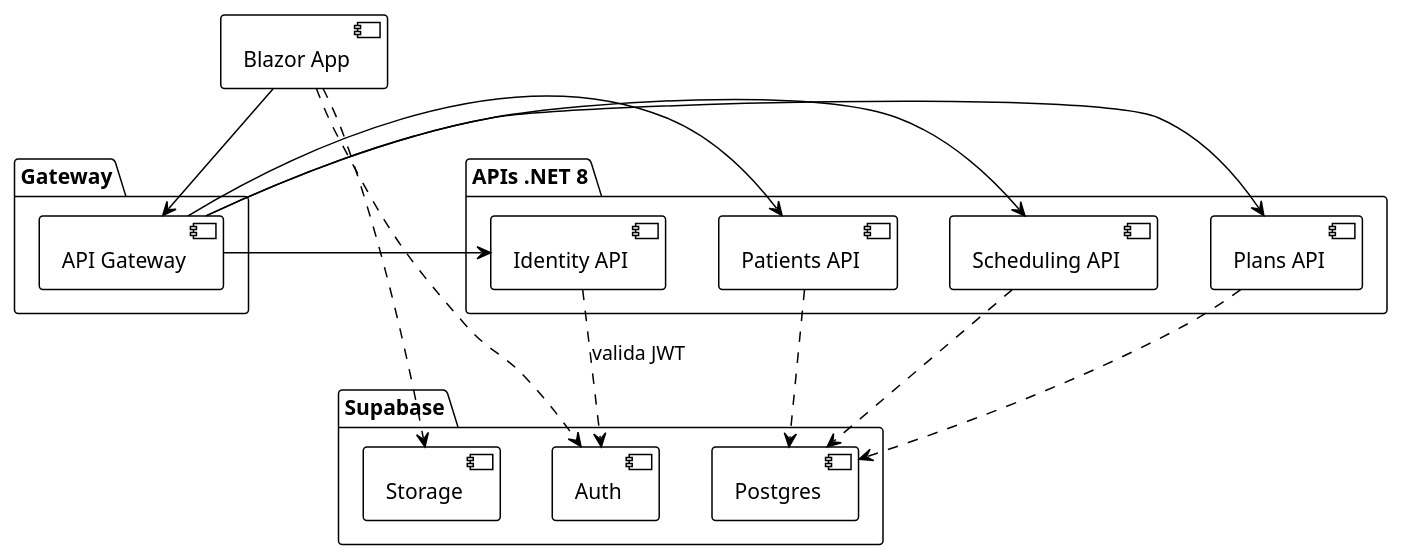
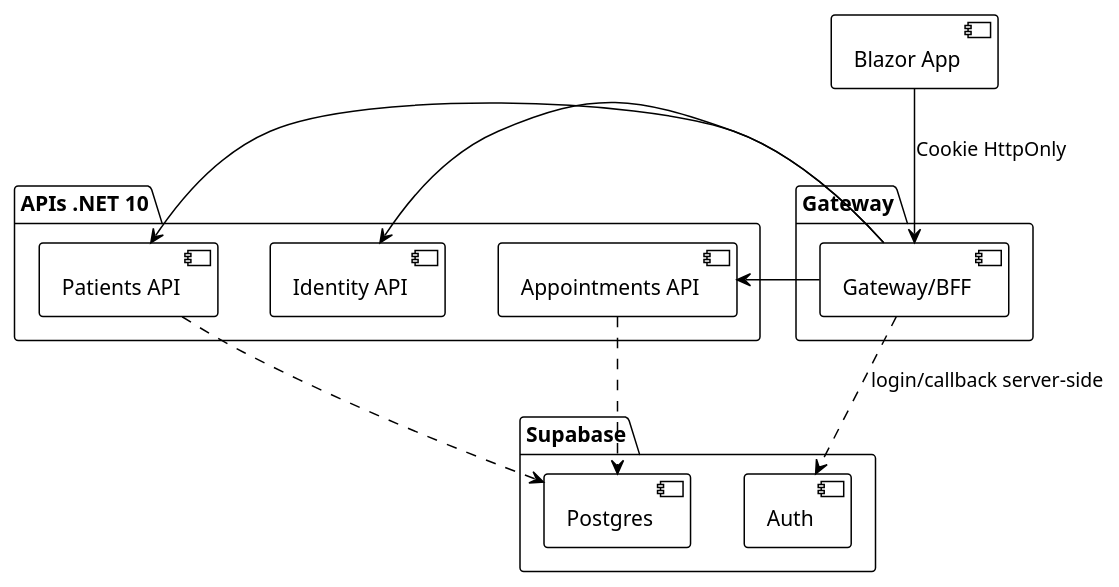
One commit to coutinhogui/HealthTech changed the third of 5 diagrams in README.md. Above: the diagram before and after it, drawn with PlantUML. The commit also changed other lines of this file and 80 other files, not shown here.

Commit message:
feat: connect app shell modules to bff workflows

````diff
--- a/README.md
+++ b/README.md
@@ -164,35 +166,28 @@
 ```plantuml
 @startuml
 !theme plain
 package "Gateway" {
-  [API Gateway]
+  [Gateway/BFF]
 }
 
-package "APIs .NET 8" {
+package "APIs .NET 10" {
   [Identity API]
   [Patients API]
-  [Scheduling API]
-  [Plans API]
+  [Appointments API]
 }
 
 package "Supabase" {
   [Auth]
   [Postgres]
-  [Storage]
 }
 
-[Blazor App] -down-> [API Gateway]
-[API Gateway] -right-> [Identity API]
-[API Gateway] -right-> [Patients API]
-[API Gateway] -right-> [Scheduling API]
-[API Gateway] -right-> [Plans API]
+[Blazor App] -down-> [Gateway/BFF] : Cookie HttpOnly
+[Gateway/BFF] -right-> [Identity API]
+[Gateway/BFF] -right-> [Patients API]
+[Gateway/BFF] -right-> [Appointments API]
 
-[Identity API] ..> [Auth] : valida JWT
+[Gateway/BFF] ..> [Auth] : login/callback server-side
 [Patients API] ..> [Postgres]
-[Scheduling API] ..> [Postgres]
-[Plans API] ..> [Postgres]
-
-[Blazor App] ..> [Auth]
-[Blazor App] ..> [Storage]
+[Appointments API] ..> [Postgres]
 @enduml
 ```
````
